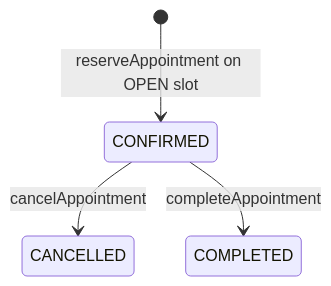
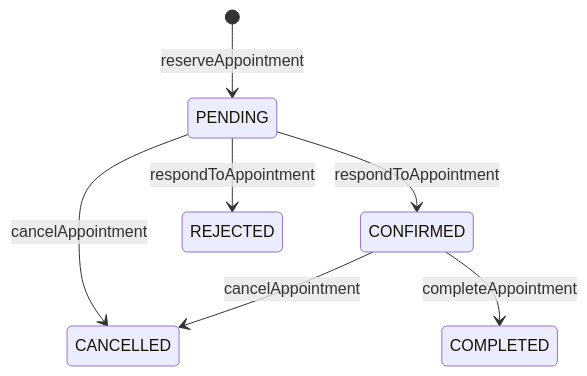
The fifth of 5 diagrams in docs/DeveloperGuide.md (CS3227-2610-MP3-HelpiNUS/CS3227-2610-MP3), drawn with Mermaid before and after one commit. The commit also changed other lines of this file and 35 other files, not shown here.

````diff
--- a/docs/DeveloperGuide.md
+++ b/docs/DeveloperGuide.md
@@ -208,6 +203,9 @@
 ```mermaid
 stateDiagram-v2
-    [*] --> CONFIRMED: reserveAppointment on OPEN slot
+    [*] --> PENDING: reserveAppointment
+    PENDING --> CONFIRMED: respondToAppointment
+    PENDING --> REJECTED: respondToAppointment
+    PENDING --> CANCELLED: cancelAppointment
     CONFIRMED --> CANCELLED: cancelAppointment
     CONFIRMED --> COMPLETED: completeAppointment
 ```
````
